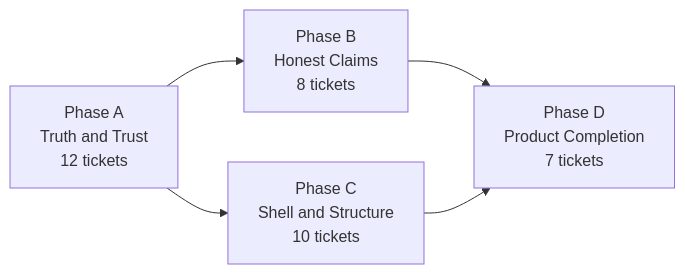
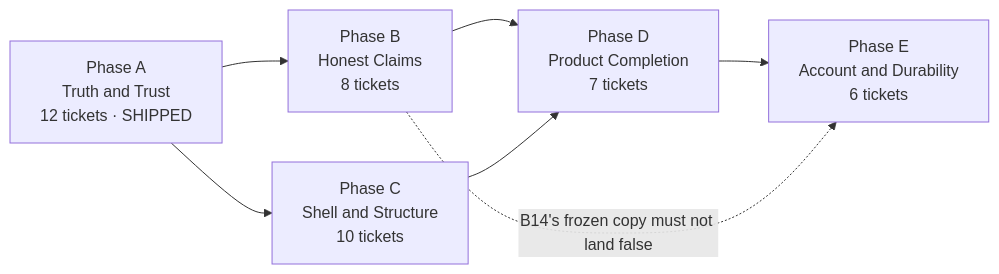
Before and after one commit to dimasawardhana/comp3tive: the diagram in docs/superpowers/specs/2026-09-17-debt-repayment-roadmap-design.md, drawn with Mermaid. The commit also changed other lines of this file and 16 other files, not shown here.

````diff
--- a/docs/superpowers/specs/2026-09-17-debt-repayment-roadmap-design.md
+++ b/docs/superpowers/specs/2026-09-17-debt-repayment-roadmap-design.md
@@ -80,7 +100,9 @@
 ```mermaid
 graph LR
-  A["Phase A<br/>Truth and Trust<br/>12 tickets"] --> B["Phase B<br/>Honest Claims<br/>8 tickets"]
+  A["Phase A<br/>Truth and Trust<br/>12 tickets · SHIPPED"] --> B["Phase B<br/>Honest Claims<br/>8 tickets"]
   A --> C["Phase C<br/>Shell and Structure<br/>10 tickets"]
   B --> D["Phase D<br/>Product Completion<br/>7 tickets"]
   C --> D
+  D --> E["Phase E<br/>Account and Durability<br/>6 tickets"]
+  B -.->|"B14's frozen copy must not land false"| E
 ```
````
